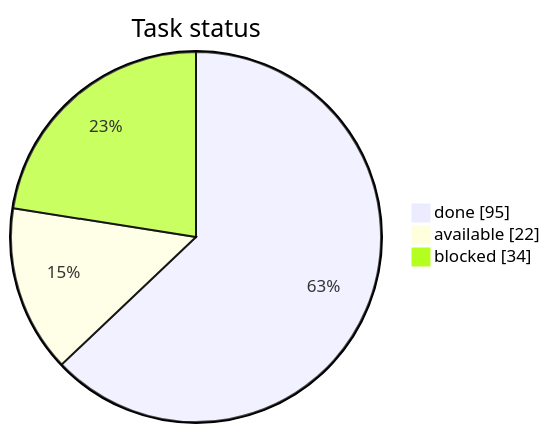
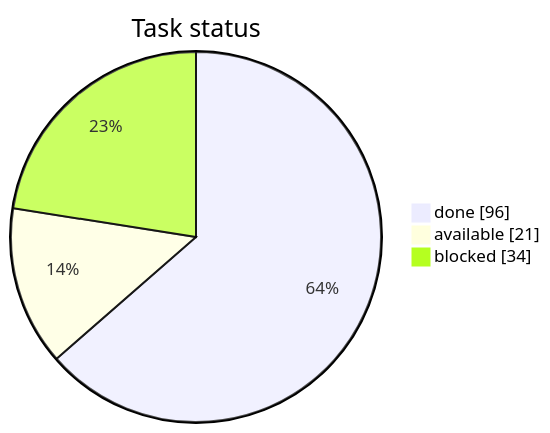
The first of 3 diagrams in STATUS.md (artemiiShabanov/RallyRivals), drawn with Mermaid before and after one commit. The commit also changed other lines of this file and 15 other files, not shown here.

````diff
--- a/STATUS.md
+++ b/STATUS.md
@@ -7,7 +7,7 @@
 ```mermaid
 pie showData
     title Task status
-    "done" : 95
-    "available" : 22
+    "done" : 96
+    "available" : 21
     "blocked" : 34
 ```
````
